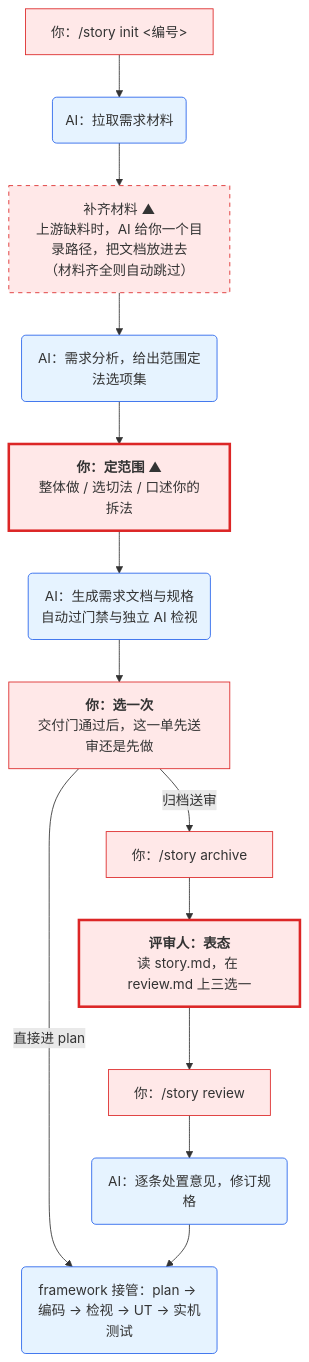
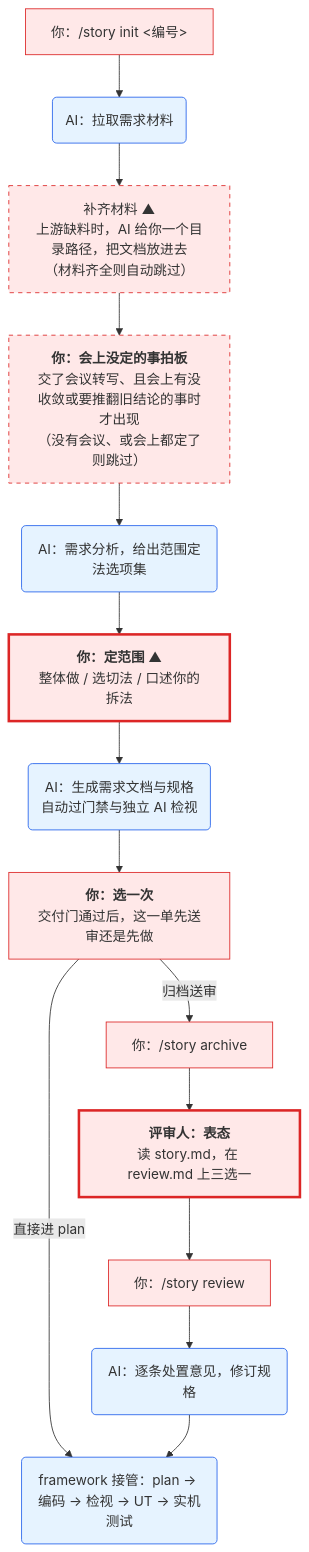
The diagram in test/story/release/story使用指南.md (sqsqsq/SimulatedWalletForHmos), drawn with Mermaid before and after one commit. The commit also changed other lines of this file and 2 other files, not shown here.

````diff
--- a/test/story/release/story使用指南.md
+++ b/test/story/release/story使用指南.md
@@ -28,28 +28,30 @@
 ```mermaid
 flowchart TD
     A["你：/story init <编号>"] --> B("AI：拉取需求材料")
     B --> S["补齐材料 ▲<br/>上游缺料时，AI 给你一个目录路径，把文档放进去<br/>（材料齐全则自动跳过）"]
-    S --> C("AI：需求分析，给出范围定法选项集")
+    S --> M["<b>你：会上没定的事拍板</b><br/>交了会议转写、且会上有没收敛或要推翻旧结论的事时才出现<br/>（没有会议、或会上都定了则跳过）"]
+    M --> C("AI：需求分析，给出范围定法选项集")
     C --> G["<b>你：定范围</b> ▲<br/>整体做 / 选切法 / 口述你的拆法"]
     G --> D("AI：生成需求文档与规格<br/>自动过门禁与独立 AI 检视")
     D --> H["<b>你：选一次</b><br/>交付门通过后，这一单先送审还是先做"]
     H -- 归档送审 --> F["你：/story archive"]
     H -- 直接进 plan --> Y
     F --> R["<b>评审人：表态</b><br/>读 story.md，在 review.md 上三选一"]
     R --> W["你：/story review"]
     W --> X("AI：逐条处置意见，修订规格")
     X --> Y("framework 接管：plan → 编码 → 检视 → UT → 实机测试")
 
     style A fill:#ffe8e8,stroke:#dc2626
     style S fill:#ffe8e8,stroke:#dc2626,stroke-dasharray: 5 5
+    style M fill:#ffe8e8,stroke:#dc2626,stroke-dasharray: 5 5
     style G fill:#ffe8e8,stroke:#dc2626,stroke-width:3px
     style H fill:#ffe8e8,stroke:#dc2626
     style F fill:#ffe8e8,stroke:#dc2626
     style R fill:#ffe8e8,stroke:#dc2626,stroke-width:3px
     style W fill:#ffe8e8,stroke:#dc2626
     style B fill:#e6f3ff,stroke:#2563eb
     style C fill:#e6f3ff,stroke:#2563eb
     style D fill:#e6f3ff,stroke:#2563eb
     style X fill:#e6f3ff,stroke:#2563eb
     style Y fill:#e6f3ff,stroke:#2563eb
 ```
````
